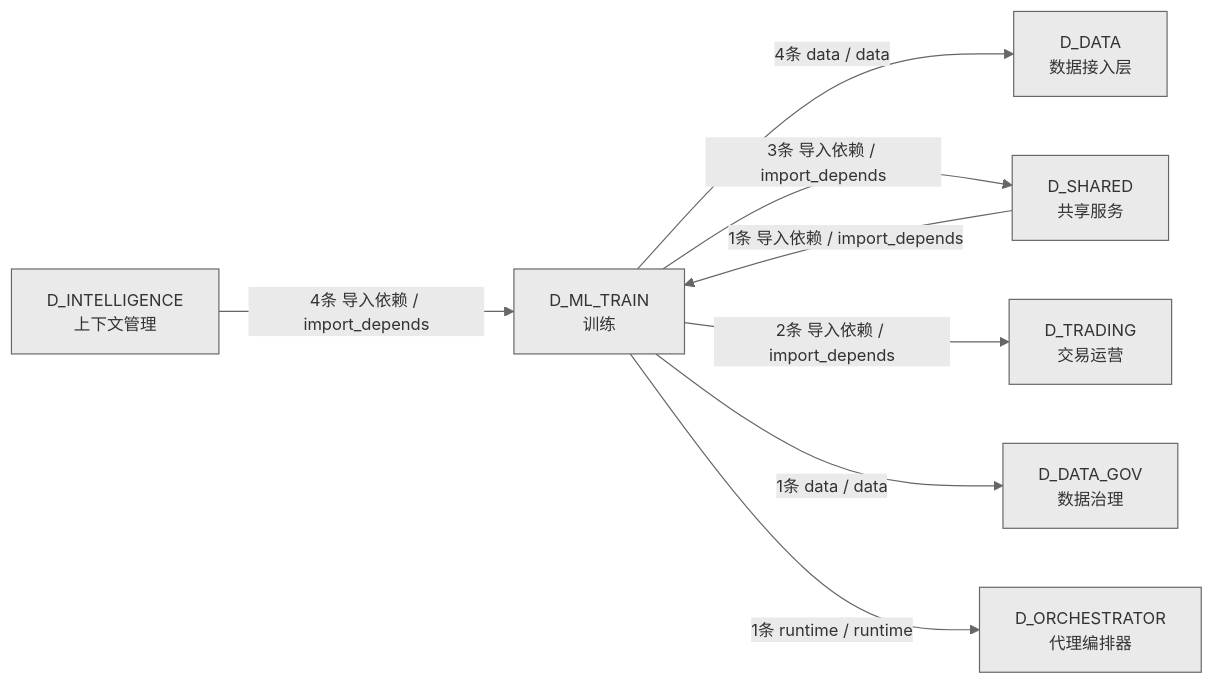
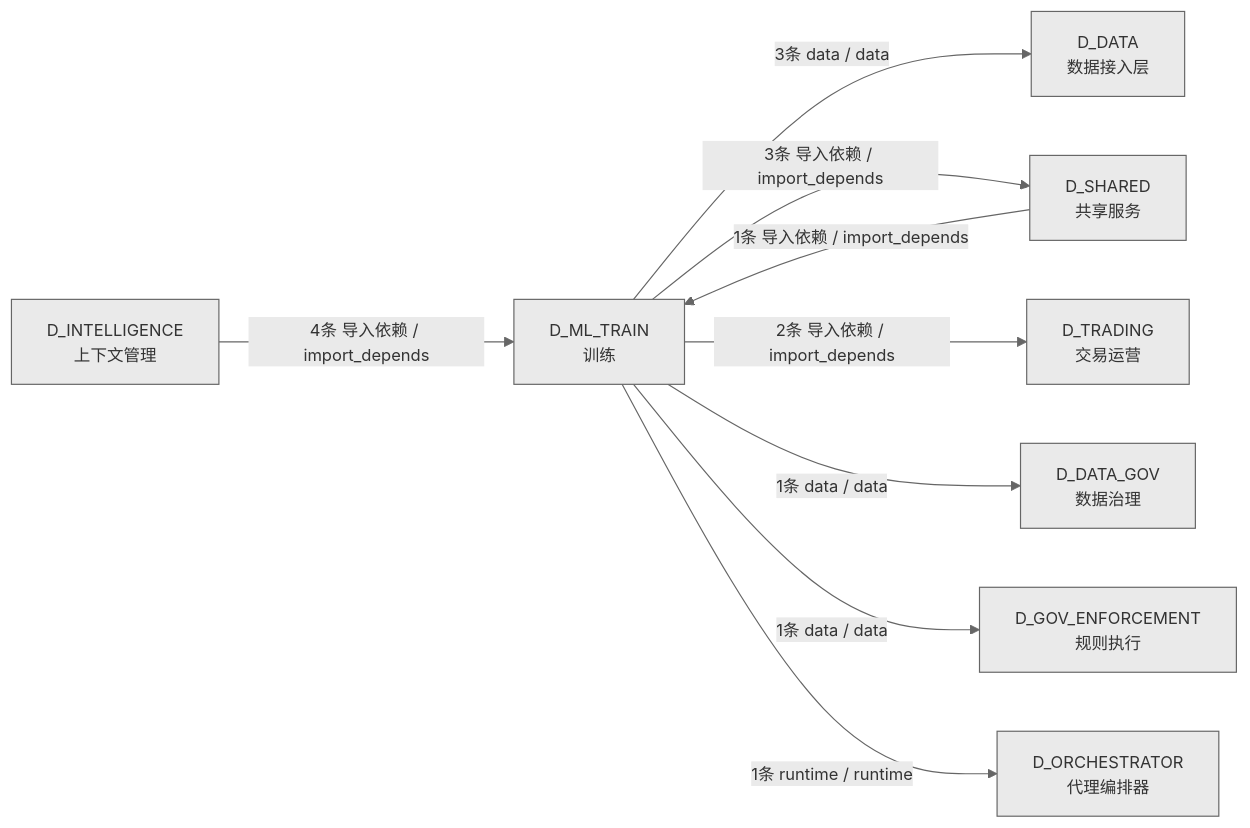
The fourth of 4 diagrams in docs/02_enterprise_architecture/02_domain_architecture_docs/61_d_ml_train.md (xuanFelixVan/ZephyrAlpha), drawn with Mermaid before and after one commit. The commit also changed other lines of this file and 50 other files, not shown here.

````diff
--- a/docs/02_enterprise_architecture/02_domain_architecture_docs/61_d_ml_train.md
+++ b/docs/02_enterprise_architecture/02_domain_architecture_docs/61_d_ml_train.md
@@ -175,18 +176,20 @@
 ```mermaid
 %%{init: {'theme': 'base', 'themeVariables': {'primaryColor': '#eaeaea', 'primaryTextColor': '#333333', 'primaryBorderColor': '#666666', 'lineColor': '#666666', 'secondaryColor': '#eaeaea', 'tertiaryColor': '#eaeaea', 'fontSize': '14px'}}}%%
 graph LR
     D_ML_TRAIN["D_ML_TRAIN<br/>训练"]
     D_DATA["D_DATA<br/>数据接入层"]
     D_SHARED["D_SHARED<br/>共享服务"]
     D_TRADING["D_TRADING<br/>交易运营"]
     D_DATA_GOV["D_DATA_GOV<br/>数据治理"]
+    D_GOV_ENFORCEMENT["D_GOV_ENFORCEMENT<br/>规则执行"]
     D_ORCHESTRATOR["D_ORCHESTRATOR<br/>代理编排器"]
     D_INTELLIGENCE["D_INTELLIGENCE<br/>上下文管理"]
-    D_ML_TRAIN -->|4条 data / data| D_DATA
+    D_ML_TRAIN -->|3条 data / data| D_DATA
     D_ML_TRAIN -->|3条 导入依赖 / import_depends| D_SHARED
     D_ML_TRAIN -->|2条 导入依赖 / import_depends| D_TRADING
     D_ML_TRAIN -->|1条 data / data| D_DATA_GOV
+    D_ML_TRAIN -->|1条 data / data| D_GOV_ENFORCEMENT
     D_ML_TRAIN -->|1条 runtime / runtime| D_ORCHESTRATOR
     D_INTELLIGENCE -->|4条 导入依赖 / import_depends| D_ML_TRAIN
     D_SHARED -->|1条 导入依赖 / import_depends| D_ML_TRAIN
 ```
````
